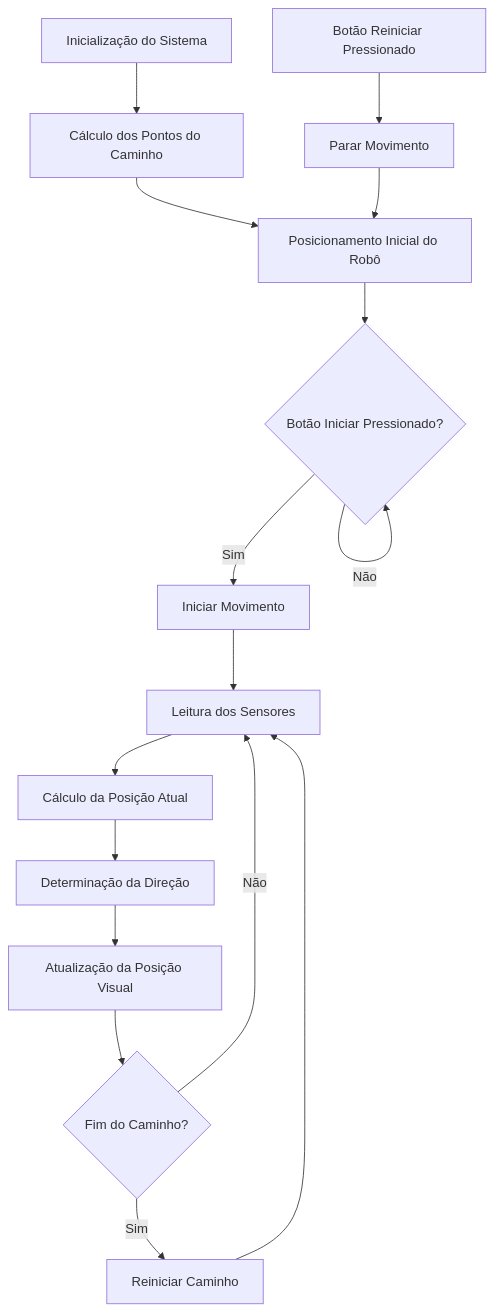
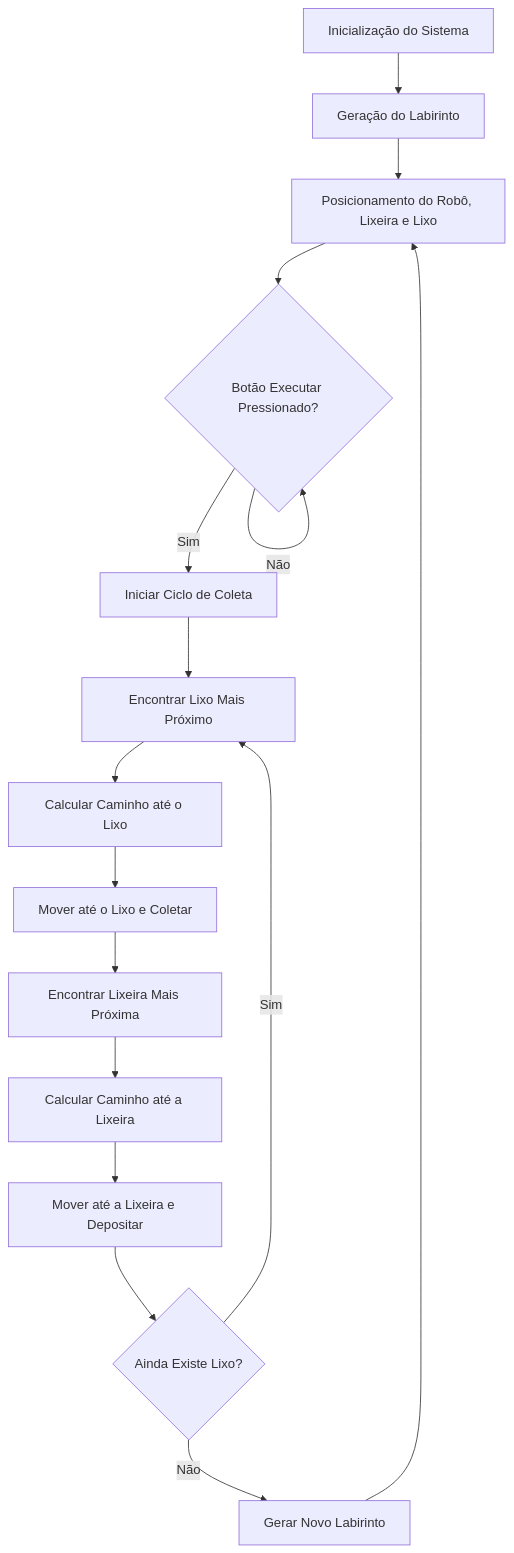
One commit to Italo-Schezar/CatadorDeLixo changed the diagram in README.md. Above: the diagram before and after it, drawn with Mermaid. The commit also changed other lines of this file, not shown here.

````diff
--- a/README.md
+++ b/README.md
@@ -30,19 +30,18 @@
 ```mermaid
 graph TD
-    A[Inicialização do Sistema] --> B[Cálculo dos Pontos do Caminho]
-    B --> C[Posicionamento Inicial do Robô]
-    C --> D{Botão Iniciar Pressionado?}
+    A[Inicialização do Sistema] --> B[Geração do Labirinto]
+    B --> C[Posicionamento do Robô, Lixeira e Lixo]
+    C --> D{Botão Executar Pressionado?}
     D -->|Não| D
-    D -->|Sim| E[Iniciar Movimento]
-    E --> F[Leitura dos Sensores]
-    F --> G[Cálculo da Posição Atual]
-    G --> H[Determinação da Direção]
-    H --> I[Atualização da Posição Visual]
-    I --> J{Fim do Caminho?}
-    J -->|Não| F
-    J -->|Sim| K[Reiniciar Caminho]
-    K --> F
-    
-    L[Botão Reiniciar Pressionado] --> M[Parar Movimento]
+    D -->|Sim| E[Iniciar Ciclo de Coleta]
+    E --> F[Encontrar Lixo Mais Próximo]
+    F --> G[Calcular Caminho até o Lixo]
+    G --> H[Mover até o Lixo e Coletar]
+    H --> I[Encontrar Lixeira Mais Próxima]
+    I --> J[Calcular Caminho até a Lixeira]
+    J --> K[Mover até a Lixeira e Depositar]
+    K --> L{Ainda Existe Lixo?}
+    L -->|Sim| F
+    L -->|Não| M[Gerar Novo Labirinto]
     M --> C
 ```
````
